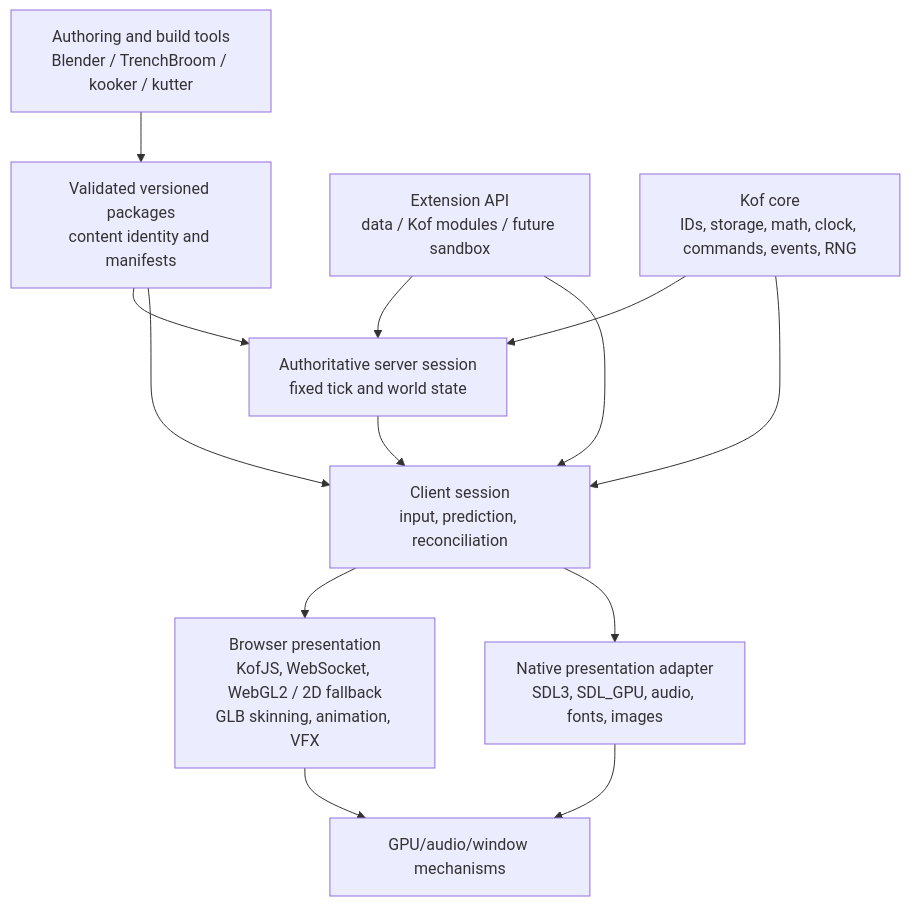
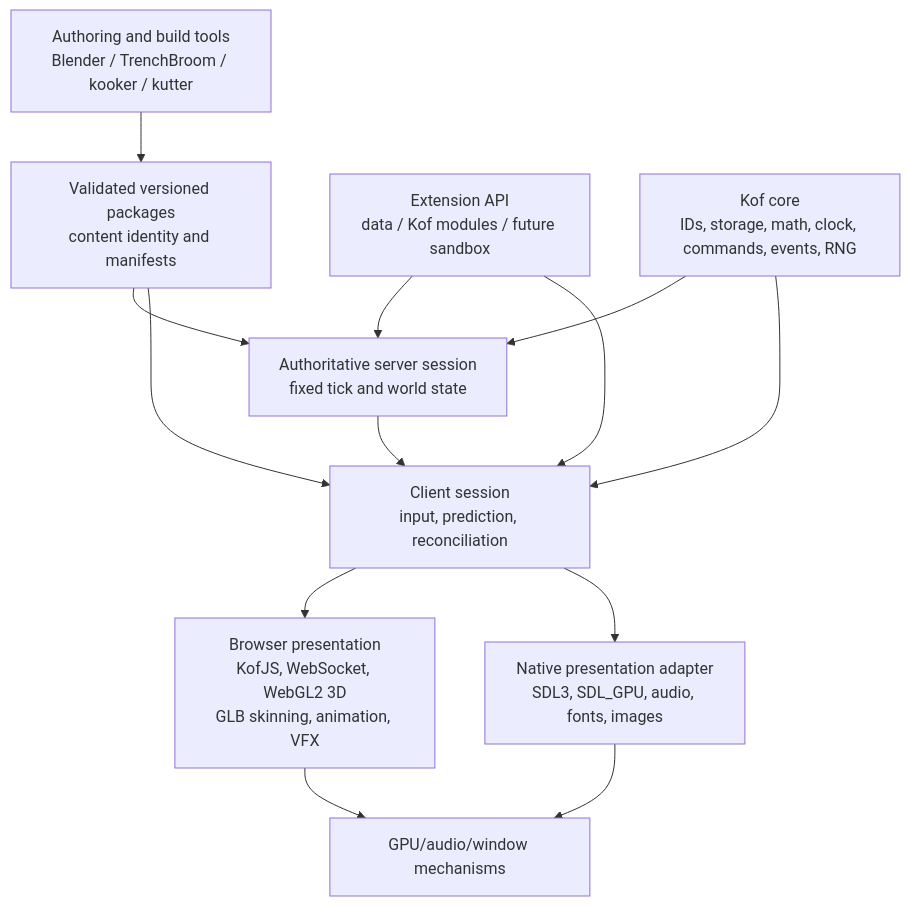
One commit to rufl/KOOKIE changed the first of 2 diagrams in docs/ARCHITECTURE.md. Above: the diagram before and after it, drawn with Mermaid. The commit also changed other lines of this file and 9 other files, not shown here.

Commit message:
Require WebGL2 for browser 3D client

````diff
--- a/docs/ARCHITECTURE.md
+++ b/docs/ARCHITECTURE.md
@@ -118,25 +118,25 @@
 ```mermaid
 flowchart TB
     Tools[Authoring and build tools\nBlender / TrenchBroom / kooker / kutter]
     Packages[Validated versioned packages\ncontent identity and manifests]
     Extensions[Extension API\ndata / Kof modules / future sandbox]
     Server[Authoritative server session\nfixed tick and world state]
     Client[Client session\ninput, prediction, reconciliation]
     Core[Kof core\nIDs, storage, math, clock, commands, events, RNG]
-    Browser[Browser presentation\nKofJS, WebSocket, WebGL2 / 2D fallback\nGLB skinning, animation, VFX]
+    Browser[Browser presentation\nKofJS, WebSocket, WebGL2 3D\nGLB skinning, animation, VFX]
     Native[Native presentation adapter\nSDL3, SDL_GPU, audio, fonts, images]
     GPU[GPU/audio/window mechanisms]
 
     Tools --> Packages
     Packages --> Server
     Packages --> Client
     Extensions --> Server
     Extensions --> Client
     Core --> Server
     Core --> Client
     Server --> Client
     Client --> Browser
     Client --> Native
     Browser --> GPU
     Native --> GPU
 ```
````
